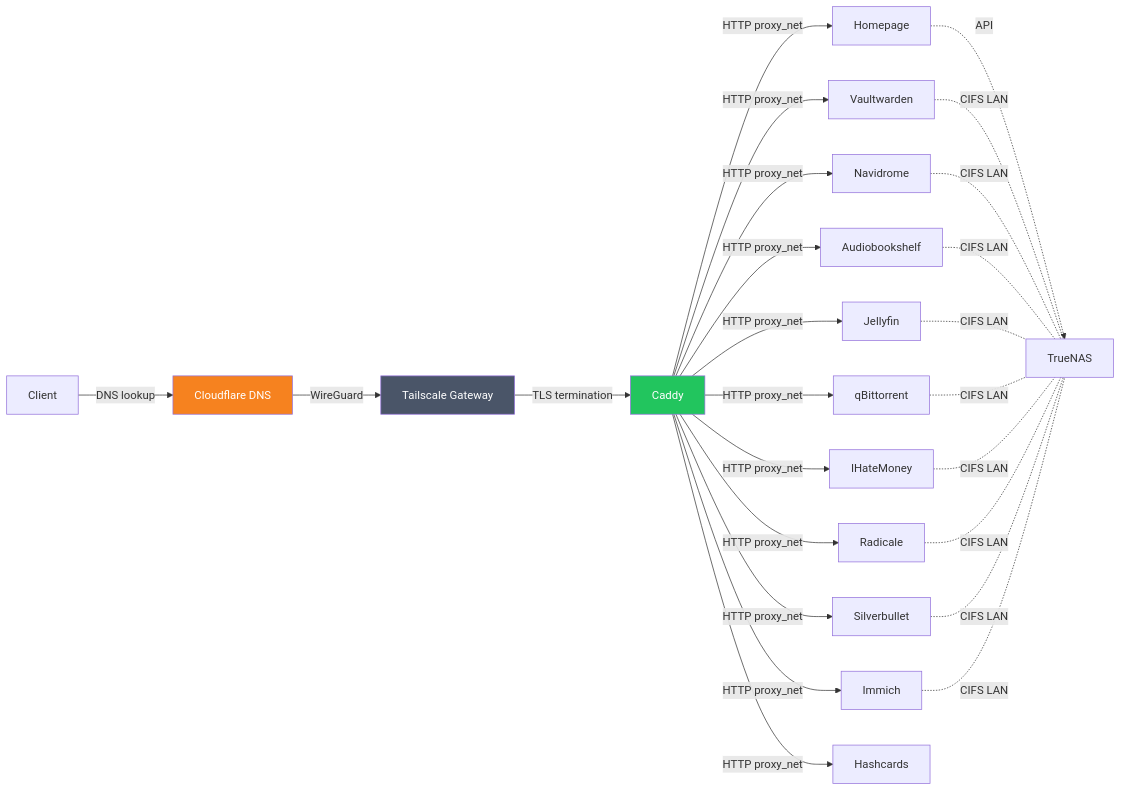
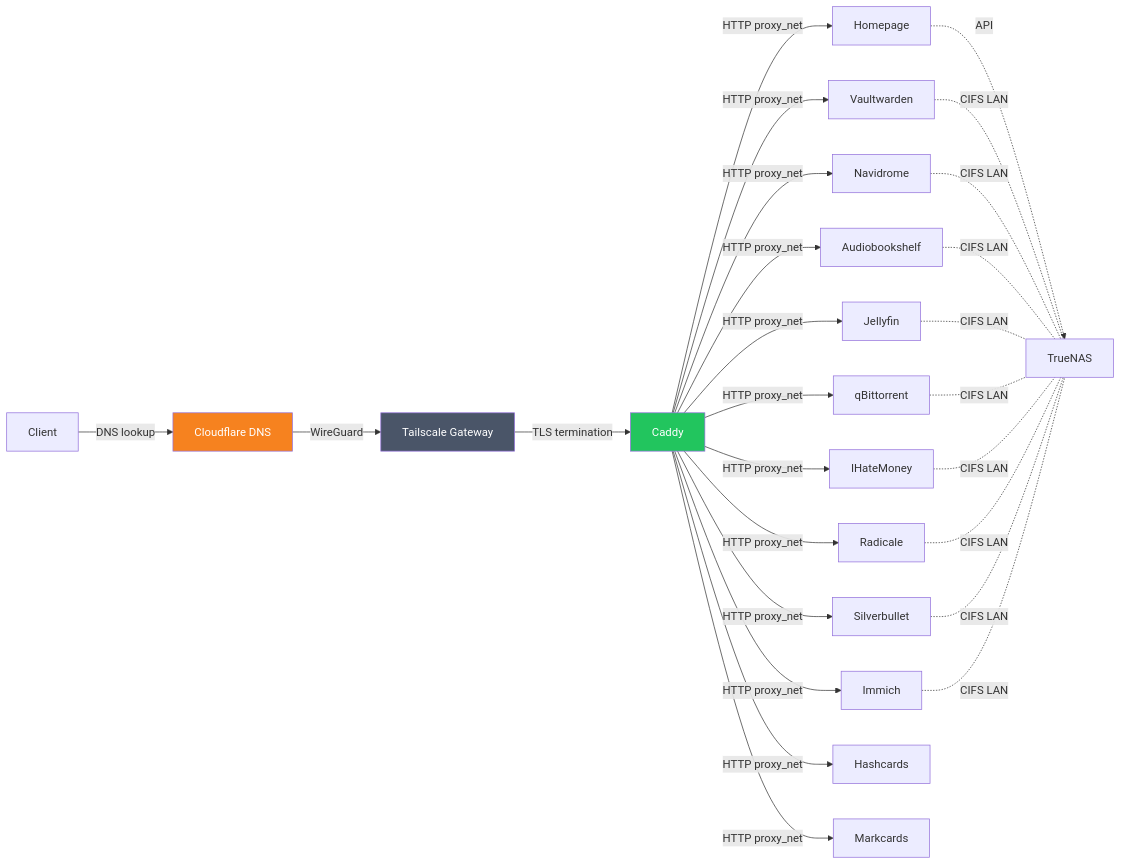
Before and after one commit to masolnada/homelab: the second of 2 diagrams in README.md, drawn with Mermaid. The commit also changed other lines of this file and 3 other files, not shown here.

````diff
--- a/README.md
+++ b/README.md
@@ -88,31 +90,32 @@
 ```mermaid
 graph LR
     Client -->|DNS lookup| CF[Cloudflare DNS]
     CF -->|WireGuard| TS[Tailscale Gateway]
     TS -->|TLS termination| Caddy
     Caddy -->|HTTP proxy_net| Homepage
     Caddy -->|HTTP proxy_net| Vaultwarden
     Caddy -->|HTTP proxy_net| Navidrome
     Caddy -->|HTTP proxy_net| Audiobookshelf
     Caddy -->|HTTP proxy_net| IHateMoney
     Caddy -->|HTTP proxy_net| Jellyfin
     Caddy -->|HTTP proxy_net| qBittorrent
     Caddy -->|HTTP proxy_net| Radicale
     Caddy -->|HTTP proxy_net| Silverbullet
     Caddy -->|HTTP proxy_net| Immich
     Caddy -->|HTTP proxy_net| Hashcards
+    Caddy -->|HTTP proxy_net| Markcards
     Homepage -.->|API| NAS[TrueNAS]
     Vaultwarden -.-|CIFS LAN| NAS
     Navidrome -.-|CIFS LAN| NAS
     Audiobookshelf -.-|CIFS LAN| NAS
     Jellyfin -.-|CIFS LAN| NAS
     qBittorrent -.-|CIFS LAN| NAS
     IHateMoney -.-|CIFS LAN| NAS
     Radicale -.-|CIFS LAN| NAS
     Silverbullet -.-|CIFS LAN| NAS
     Immich -.-|CIFS LAN| NAS
 
     style CF fill:#f6821f,color:#fff
     style TS fill:#4a5568,color:#fff
     style Caddy fill:#22c55e,color:#fff
 ```
````
